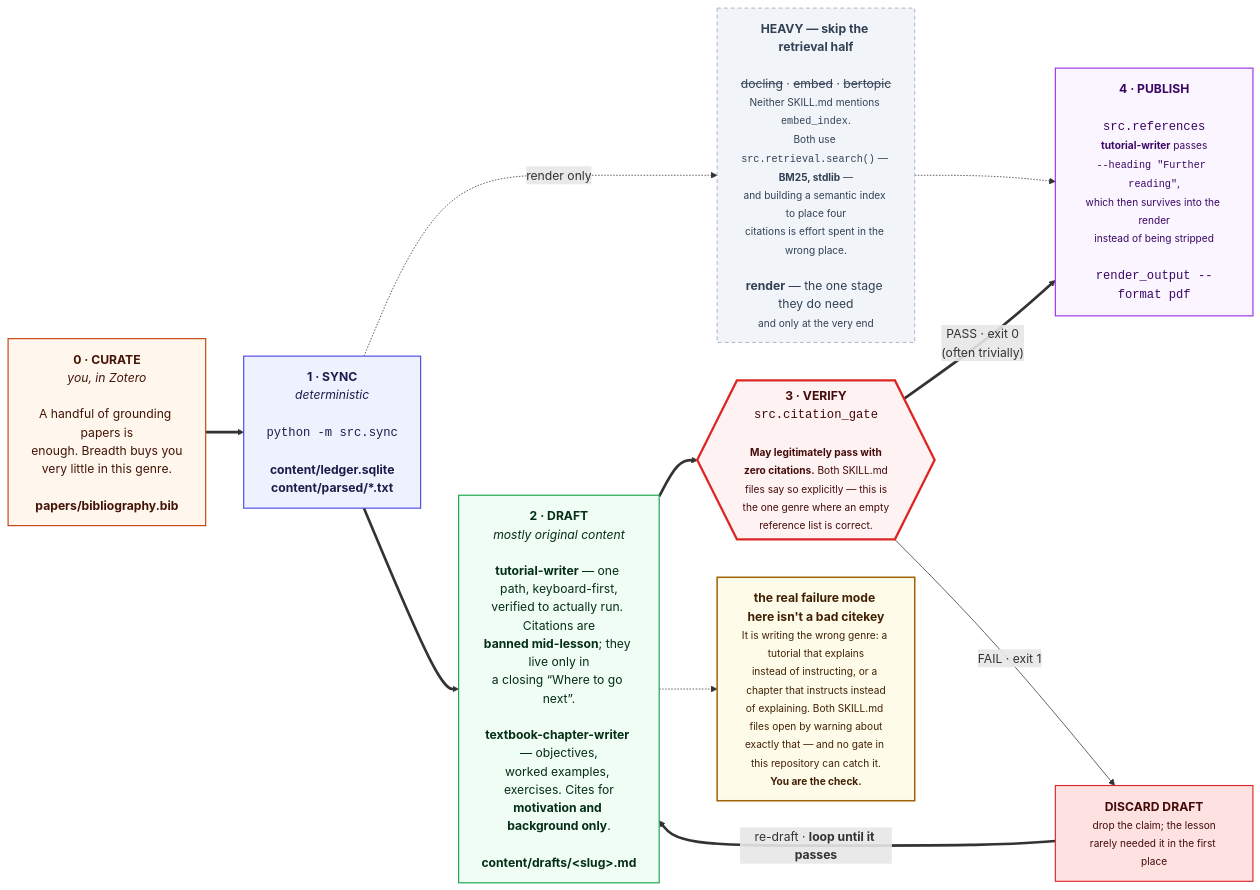
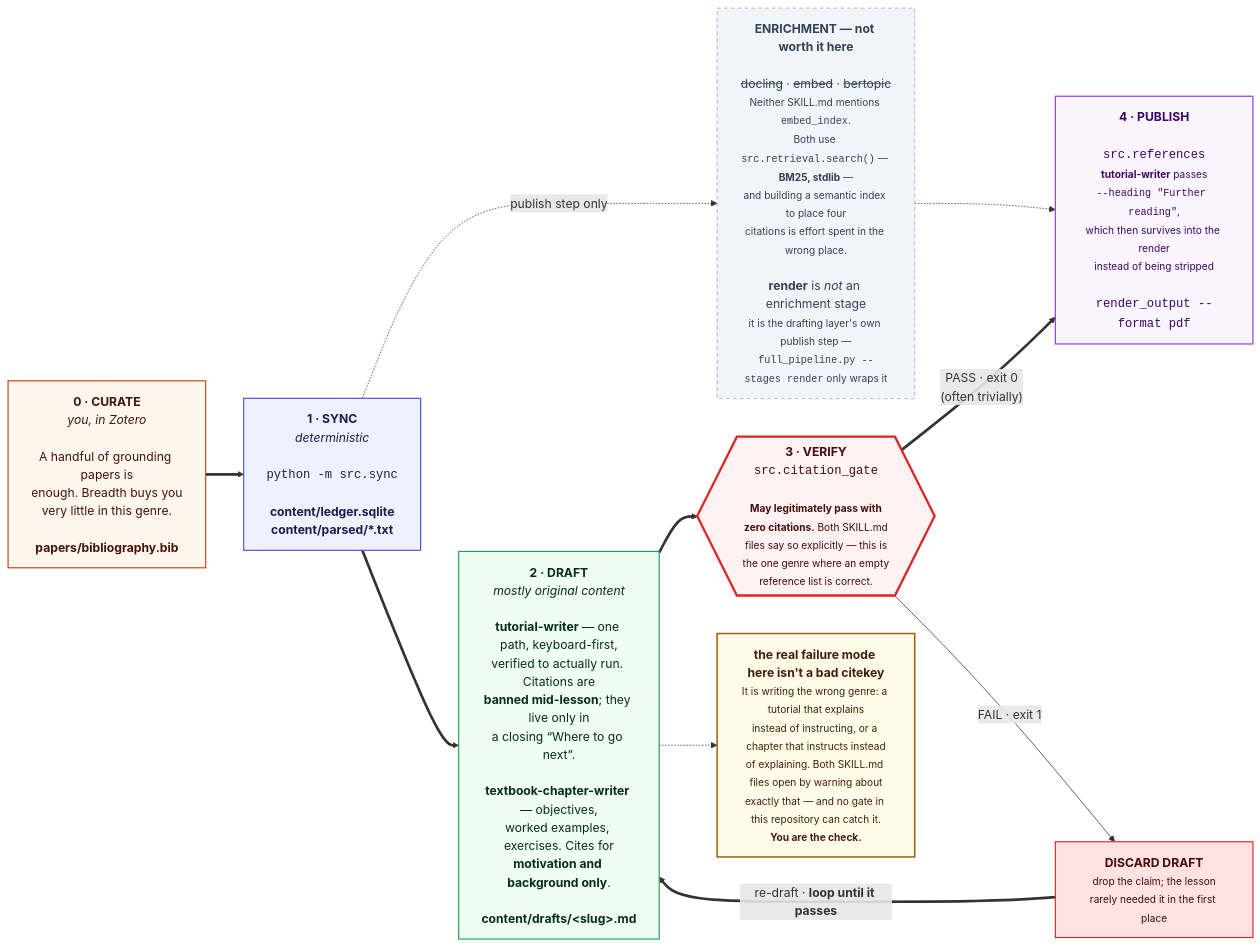
Before and after one commit to prasadtalasila/automated-research: the eighth of 11 diagrams in docs/DIAGRAMS.md, drawn with Mermaid. The commit also changed other lines of this file and 33 other files, not shown here.

````diff
--- a/docs/DIAGRAMS.md
+++ b/docs/DIAGRAMS.md
@@ -700,45 +702,45 @@
 ```mermaid
 flowchart LR
 
   P0["<b>0 · CURATE</b><br/><i>you, in Zotero</i><br/><br/>A handful of grounding papers is<br/>enough. Breadth buys you<br/>very little in this genre.<br/><br/><b>papers/bibliography.bib</b>"]
 
   P1["<b>1 · SYNC</b><br/><i>deterministic</i><br/><br/><code>python -m src.sync</code><br/><br/><b>content/ledger.sqlite</b><br/><b>content/parsed/*.txt</b>"]
 
-  HEAVY["<b>HEAVY — skip the retrieval half</b><br/><br/><s>docling</s> · <s>embed</s> · <s>bertopic</s><br/><small>Neither SKILL.md mentions <code>embed_index</code>.<br/>Both use <code>src.retrieval.search()</code> — <b>BM25, stdlib</b> —<br/>and building a semantic index to place four<br/>citations is effort spent in the wrong place.</small><br/><br/><b>render</b> — the one stage they do need<br/><small>and only at the very end</small>"]
+  HEAVY["<b>ENRICHMENT — not worth it here</b><br/><br/><s>docling</s> · <s>embed</s> · <s>bertopic</s><br/><small>Neither SKILL.md mentions <code>embed_index</code>.<br/>Both use <code>src.retrieval.search()</code> — <b>BM25, stdlib</b> —<br/>and building a semantic index to place four<br/>citations is effort spent in the wrong place.</small><br/><br/><b>render</b> is <i>not</i> an enrichment stage<br/><small>it is the drafting layer's own publish step —<br/><code>full_pipeline.py --stages render</code> only wraps it</small>"]
 
   P2["<b>2 · DRAFT</b><br/><i>mostly original content</i><br/><br/><b>tutorial-writer</b> — one path, keyboard-first,<br/>verified to actually run. Citations are<br/><b>banned mid-lesson</b>; they live only in<br/>a closing “Where to go next”.<br/><br/><b>textbook-chapter-writer</b> — objectives,<br/>worked examples, exercises. Cites for<br/><b>motivation and background only</b>.<br/><br/><b>content/drafts/&lt;slug&gt;.md</b>"]
 
   P3{{"<b>3 · VERIFY</b><br/><code>src.citation_gate</code><br/><br/><small><b>May legitimately pass with<br/>zero citations.</b> Both SKILL.md<br/>files say so explicitly — this is<br/>the one genre where an empty<br/>reference list is correct.</small>"}}
 
   FIX["<b>DISCARD DRAFT</b><br/><small>drop the claim; the lesson<br/>rarely needed it in the first place</small>"]
 
   P4["<b>4 · PUBLISH</b><br/><br/><code>src.references</code><br/><small><b>tutorial-writer</b> passes<br/><code>--heading &quot;Further reading&quot;</code>,<br/>which then survives into the render<br/>instead of being stripped</small><br/><br/><code>render_output --format pdf</code>"]
 
   RISK["<b>the real failure mode here isn't a bad citekey</b><br/><small>It is writing the wrong genre: a tutorial that explains<br/>instead of instructing, or a chapter that instructs instead<br/>of explaining. Both SKILL.md files open by warning about<br/>exactly that — and no gate in this repository can catch it.<br/><b>You are the check.</b></small>"]
 
   P0 ==> P1 ==> P2 ==> P3
-  P1 -. "render only" .-> HEAVY
+  P1 -. "publish step only" .-> HEAVY
   HEAVY -.-> P4
   P3 == "PASS · exit 0<br/>(often trivially)" ==> P4
   P3 -- "FAIL · exit 1" --> FIX
   FIX == "re-draft · <b>loop until it passes</b>" ==> P2
   P2 -.-> RISK
 
   classDef you fill:#fff7ed,stroke:#c2410c,stroke-width:1.5px,color:#431407
   classDef det fill:#eef2ff,stroke:#4f46e5,stroke-width:1.5px,color:#1e1b4b
   classDef gen fill:#f0fdf4,stroke:#16a34a,stroke-width:1.5px,color:#052e16
   classDef gate fill:#fef2f2,stroke:#dc2626,stroke-width:3px,color:#450a0a
   classDef out fill:#faf5ff,stroke:#9333ea,stroke-width:1.5px,color:#3b0764
   classDef bad fill:#fee2e2,stroke:#dc2626,stroke-width:1.5px,color:#450a0a
   classDef off fill:#f1f5f9,stroke:#94a3b8,stroke-dasharray:5 4,color:#334155
   classDef risk fill:#fefce8,stroke:#a16207,stroke-width:2px,color:#422006
 
   class P0 you
   class P1 det
   class P2 gen
   class P3 gate
   class P4 out
   class FIX bad
   class HEAVY off
   class RISK risk
 ```
````
